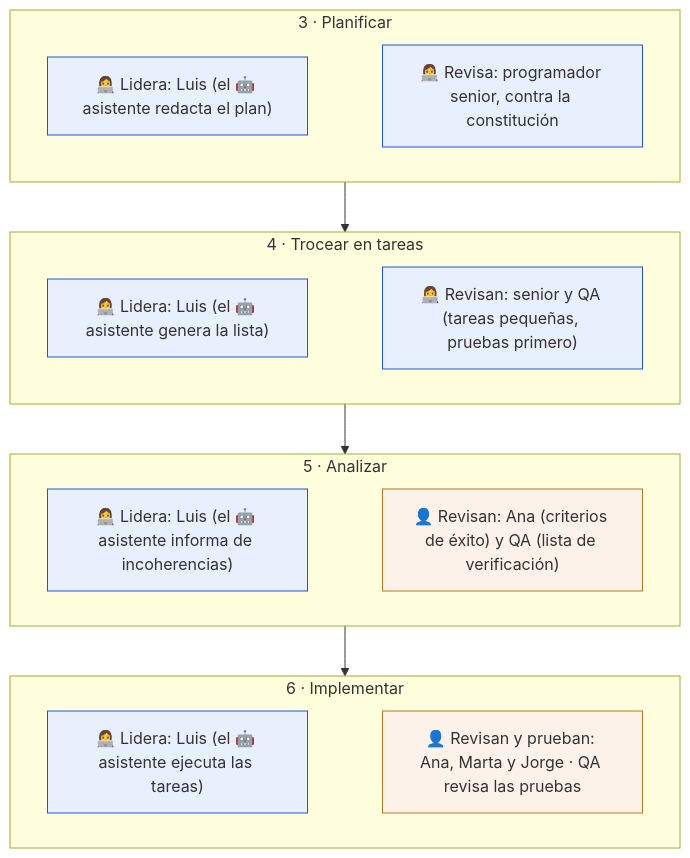
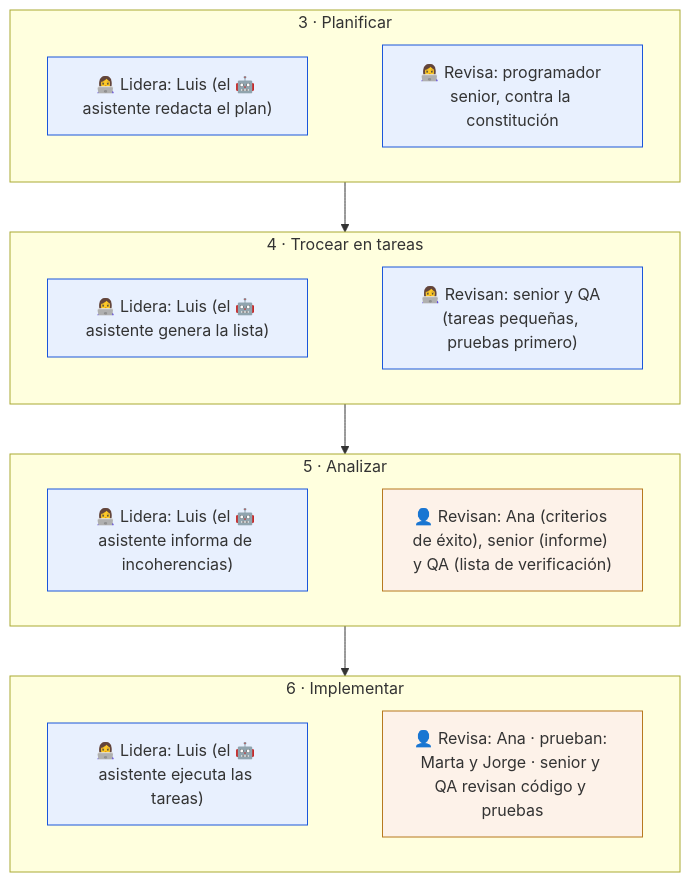
One commit to antroc/charla-sdd changed the second of 3 diagrams in diagramas/04-roles-y-participacion.md. Above: the diagram before and after it, drawn with Mermaid. The commit also changed other lines of this file and 6 other files, not shown here.

First line of the commit message:
Corregir diagramas 03-04 según las revisiones

````diff
--- a/diagramas/04-roles-y-participacion.md
+++ b/diagramas/04-roles-y-participacion.md
@@ -50,28 +52,28 @@
 ```mermaid
 flowchart TD
   subgraph p3 ["3 · Planificar"]
     l3["👩‍💻 Lidera: Luis (el 🤖 asistente redacta el plan)"]
     r3["👩‍💻 Revisa: programador senior, contra la constitución"]
   end
   subgraph p4 ["4 · Trocear en tareas"]
     l4["👩‍💻 Lidera: Luis (el 🤖 asistente genera la lista)"]
     r4["👩‍💻 Revisan: senior y QA (tareas pequeñas, pruebas primero)"]
   end
   subgraph p5 ["5 · Analizar"]
     l5["👩‍💻 Lidera: Luis (el 🤖 asistente informa de incoherencias)"]
-    r5["👤 Revisan: Ana (criterios de éxito) y QA (lista de verificación)"]
+    r5["👤 Revisan: Ana (criterios de éxito), senior (informe) y QA (lista de verificación)"]
   end
   subgraph p6 ["6 · Implementar"]
     l6["👩‍💻 Lidera: Luis (el 🤖 asistente ejecuta las tareas)"]
-    r6["👤 Revisan y prueban: Ana, Marta y Jorge · QA revisa las pruebas"]
+    r6["👤 Revisa: Ana · prueban: Marta y Jorge · senior y QA revisan código y pruebas"]
   end
   l3 ~~~ r3
   l4 ~~~ r4
   l5 ~~~ r5
   l6 ~~~ r6
   p3 --> p4 --> p5 --> p6
   classDef negocio fill:#FDF2E9,stroke:#B7791F;
   classDef dev fill:#E8F0FE,stroke:#1A56DB;
   class l3,l4,l5,l6,r3,r4 dev;
   class r5,r6 negocio;
 ```
````
